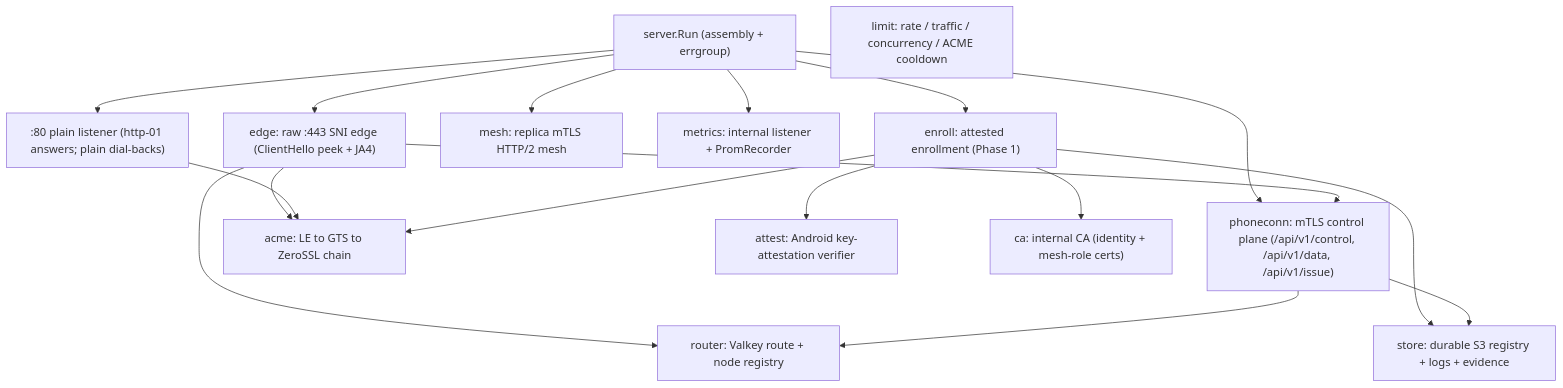
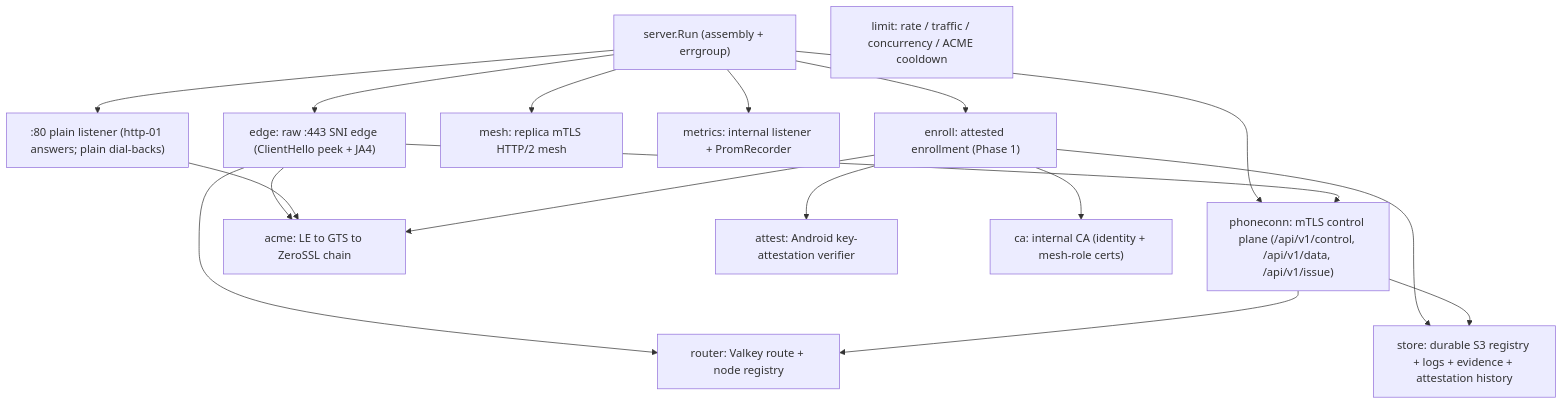
One commit to danielealbano/android-remote-control-mcp-tunneld changed the first of 3 diagrams in docs/ARCHITECTURE.md. Above: the diagram before and after it, drawn with Mermaid. The commit also changed 1 other file, not shown here.

Commit message:
docs(docs): say a non-conforming device property never refuses a phone

````diff
--- a/docs/ARCHITECTURE.md
+++ b/docs/ARCHITECTURE.md
@@ -24,33 +24,33 @@
 ```mermaid
 flowchart TD
   run["server.Run (assembly + errgroup)"]
   edge["edge: raw :443 SNI edge (ClientHello peek + JA4)"]
   enroll["enroll: attested enrollment (Phase 1)"]
   phone["phoneconn: mTLS control plane (/api/v1/control, /api/v1/data, /api/v1/issue)"]
   mesh["mesh: replica mTLS HTTP/2 mesh"]
   acme["acme: LE to GTS to ZeroSSL chain"]
   attest["attest: Android key-attestation verifier"]
   ca["ca: internal CA (identity + mesh-role certs)"]
   router["router: Valkey route + node registry"]
   limit["limit: rate / traffic / concurrency / ACME cooldown"]
-  store["store: durable S3 registry + logs + evidence"]
+  store["store: durable S3 registry + logs + evidence + attestation history"]
   metrics["metrics: internal listener + PromRecorder"]
   acmehttp[":80 plain listener (http-01 answers; plain dial-backs)"]
 
   run --> edge
   run --> enroll
   run --> phone
   run --> mesh
   run --> metrics
   run --> acmehttp
   edge --> router
   edge --> phone
   edge --> acme
   acmehttp --> acme
   enroll --> attest
   enroll --> ca
   enroll --> acme
   enroll --> store
   phone --> router
   phone --> store
 ```
````
